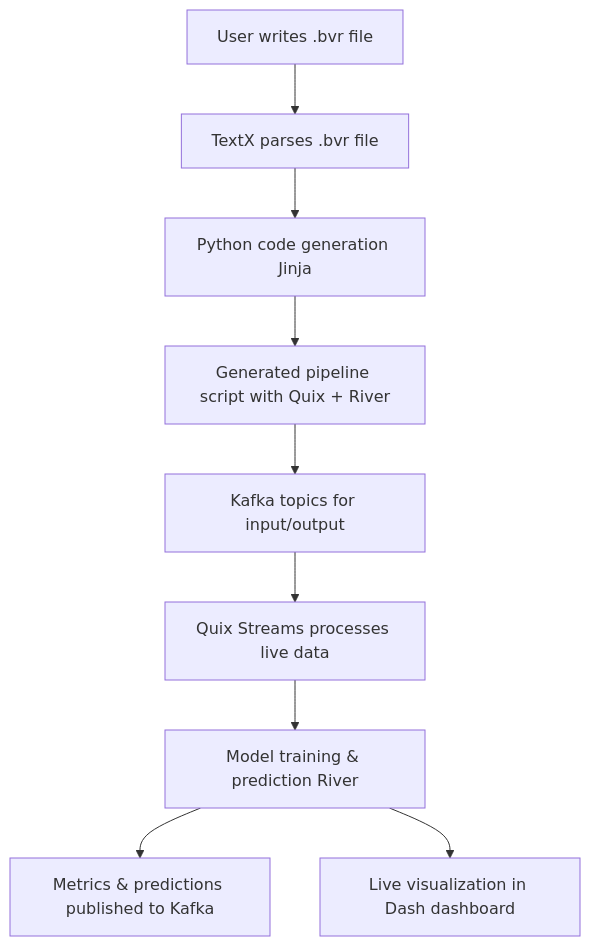
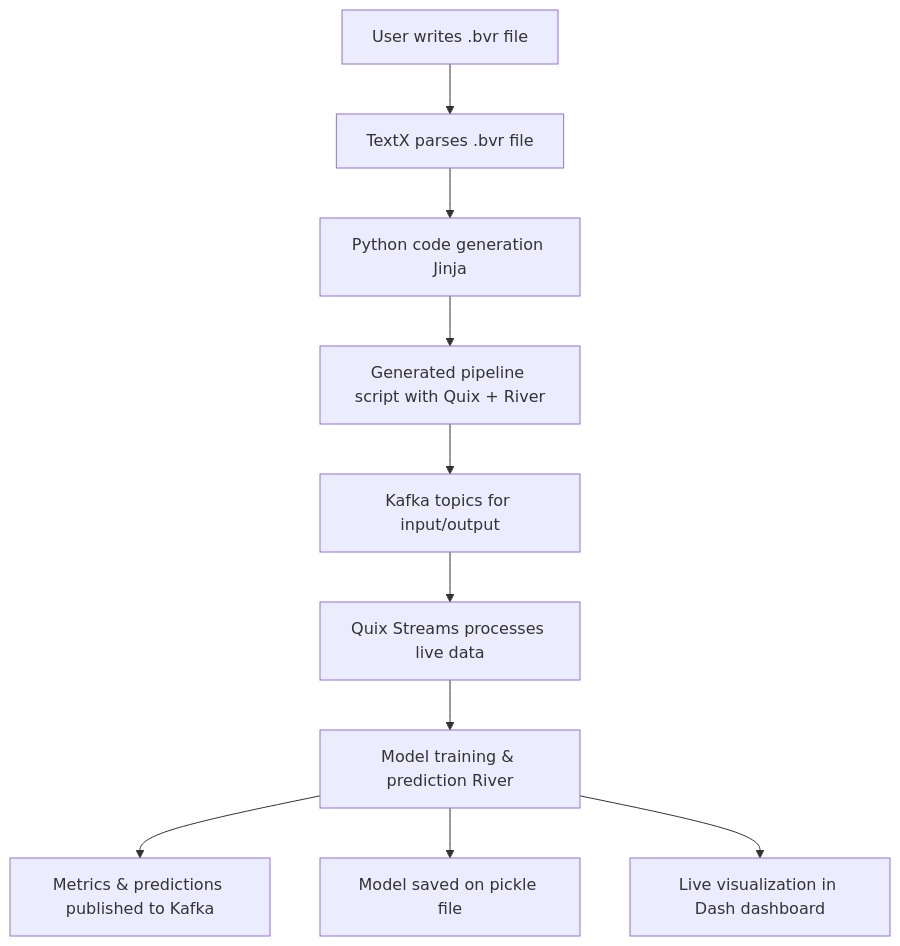
One commit to deepblue597/beaver changed the diagram in README.md. Above: the diagram before and after it, drawn with Mermaid. The commit also changed other lines of this file and 10 other files, not shown here.

````diff
--- a/README.md
+++ b/README.md
@@ -91,11 +148,12 @@
 ```mermaid
 graph TD
     A[User writes .bvr file] --> B[TextX parses .bvr file]
     B --> C[Python code generation Jinja]
     C --> D[Generated pipeline script with Quix + River]
     D --> E[Kafka topics for input/output]
     E --> F[Quix Streams processes live data]
     F --> G[Model training & prediction River]
     G --> H[Metrics & predictions published to Kafka]
+    G --> J[Model saved on pickle file]
     G --> I[Live visualization in Dash dashboard]
 ```
````
